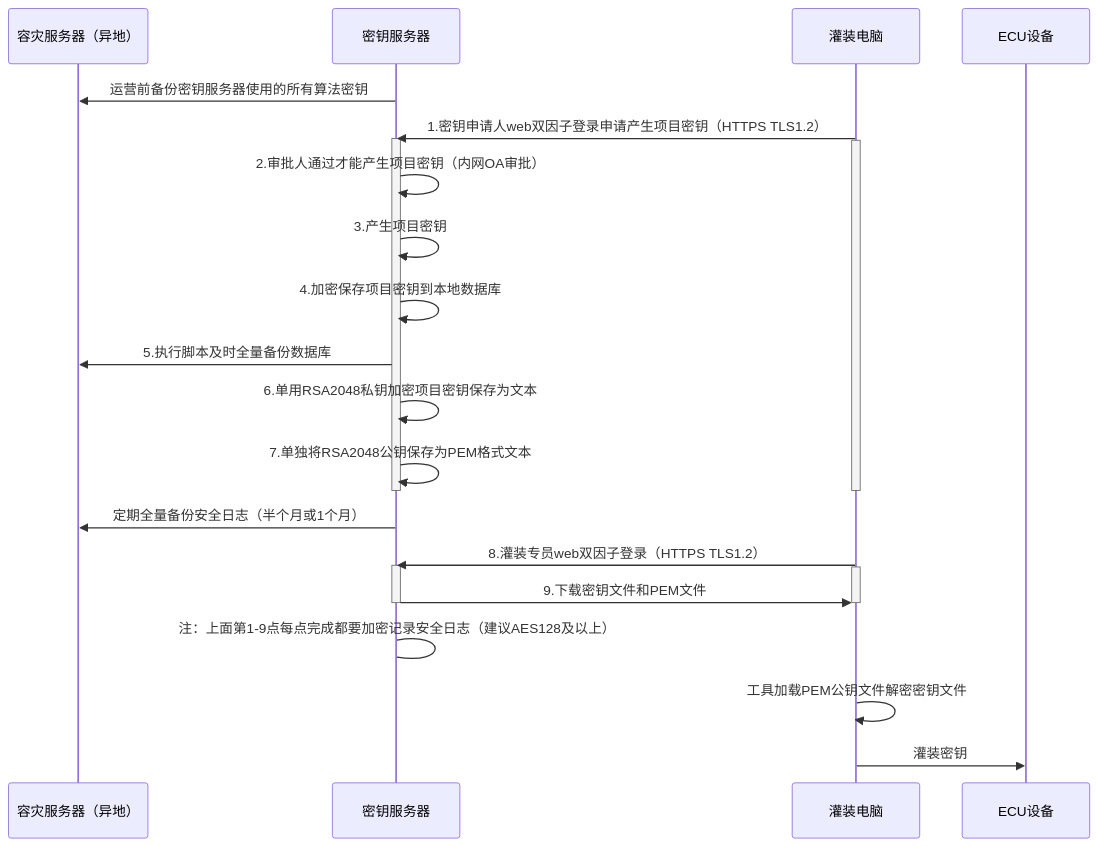
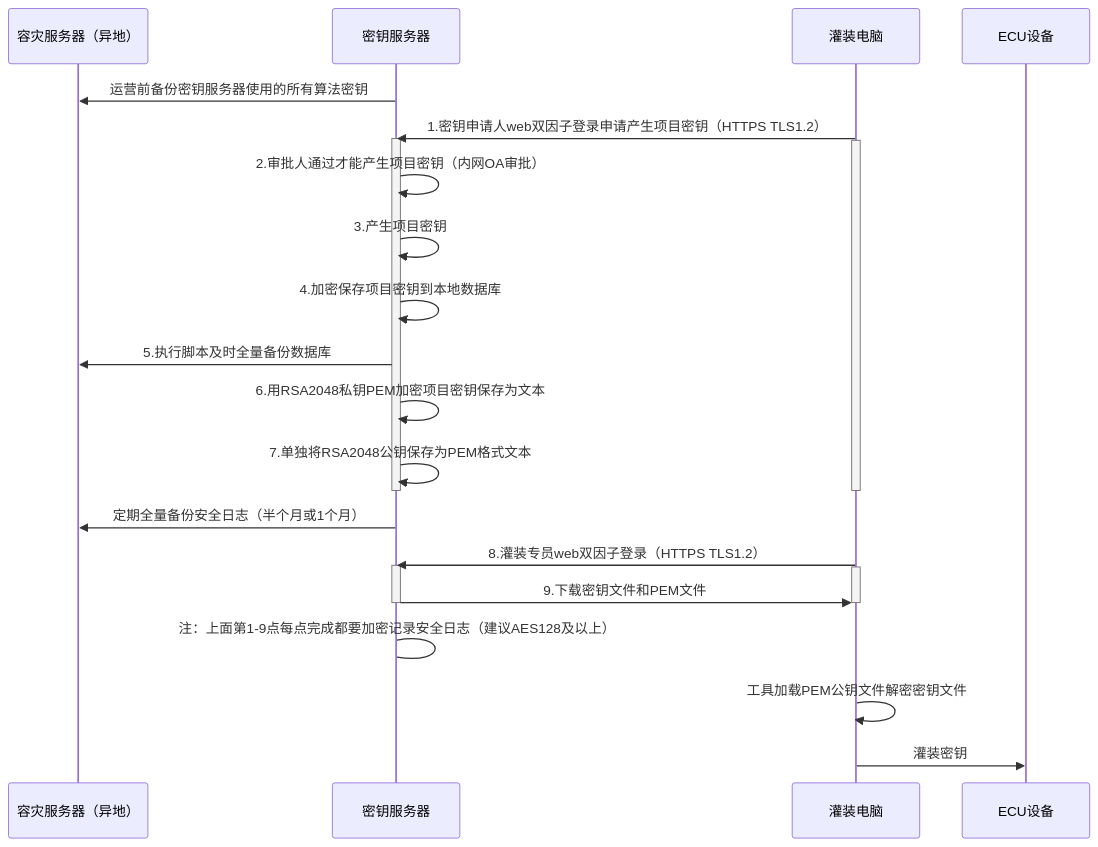
The diagram in all/未命名-15.md (facebook-cloud/iodraw-files), drawn with Mermaid before and after one commit.

Commit message:
2026-02-13 10:10:56 update

````diff
--- a/all/未命名-15.md
+++ b/all/未命名-15.md
@@ -1,34 +1,34 @@
 ```mermaid
 sequenceDiagram
     participant A as 容灾服务器（异地）
     participant B as 密钥服务器
     participant D as 灌装电脑
     participant E as ECU设备
 
     B->>A: 运营前备份密钥服务器使用的所有算法密钥
     D->>B: 1.密钥申请人web双因子登录申请产生项目密钥（HTTPS TLS1.2）
     activate B
     activate D
     B->>B: 2.审批人通过才能产生项目密钥（内网OA审批）
     B->>B: 3.产生项目密钥
     B->>B: 4.加密保存项目密钥到本地数据库
     B->>A: 5.执行脚本及时全量备份数据库
-    B->>B: 6.单用RSA2048私钥加密项目密钥保存为文本
+    B->>B: 6.用RSA2048私钥PEM加密项目密钥保存为文本
     B->>B: 7.单独将RSA2048公钥保存为PEM格式文本
     deactivate B
     deactivate D
 
     B->>A: 定期全量备份安全日志（半个月或1个月）
     
     D->>B: 8.灌装专员web双因子登录（HTTPS TLS1.2）
     activate B
     activate D
     B->>D: 9.下载密钥文件和PEM文件
     deactivate B
     deactivate D
     B->B: 注：上面第1-9点每点完成都要加密记录安全日志（建议AES128及以上）
 
     D->>D:工具加载PEM公钥文件解密密钥文件
     
     D->>E: 灌装密钥
 ```
````
